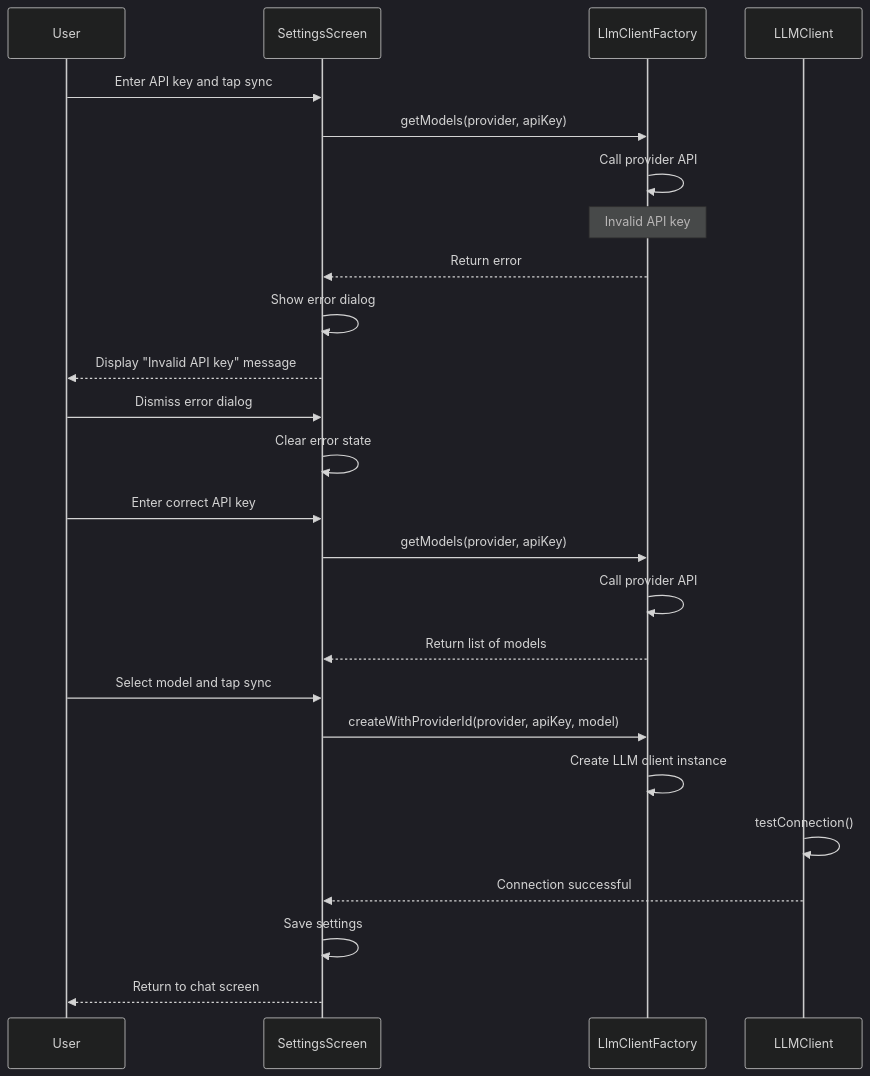
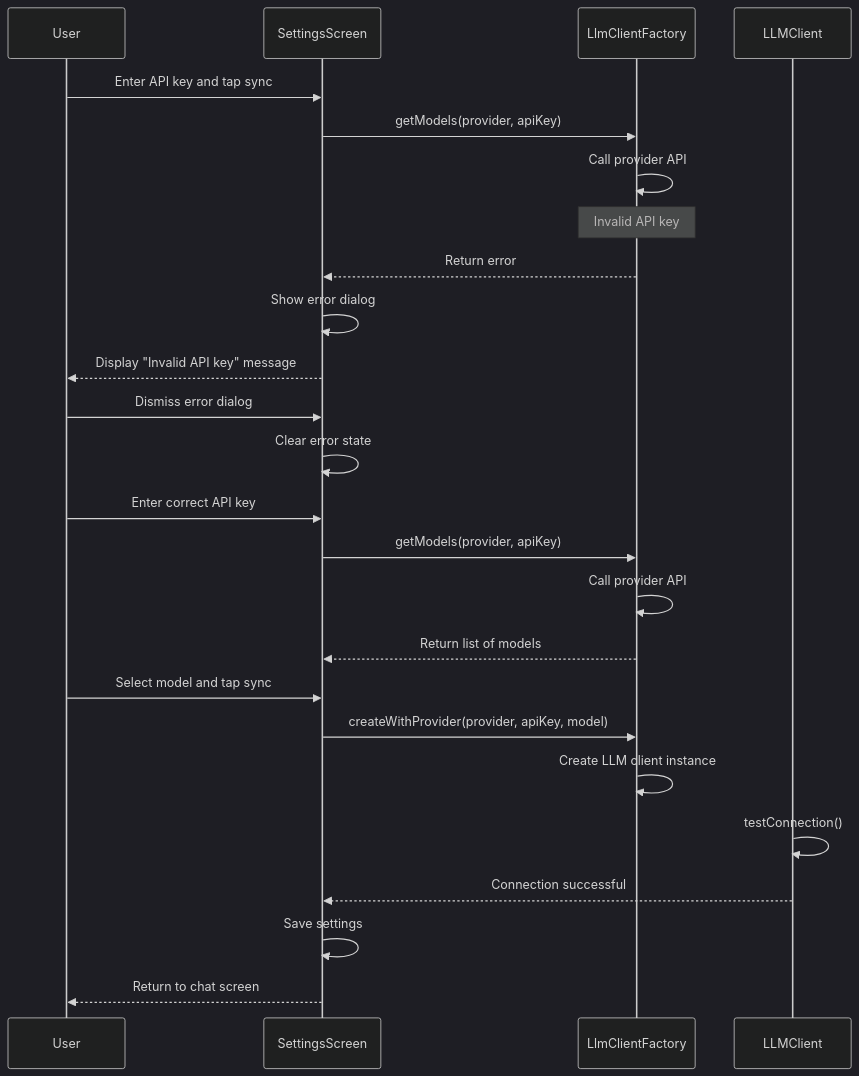
Before and after one commit to lehoang318/buddy: the fifth of 11 diagrams in docs/seq_others.md, drawn with Mermaid (dark theme). The commit also changed other lines of this file and 15 other files, not shown here.

Commit message:
Improve Provider Info Settings

````diff
--- a/docs/seq_others.md
+++ b/docs/seq_others.md
@@ -117,33 +155,33 @@
 ```mermaid
 sequenceDiagram
     participant User
     participant SettingsScreen
     participant LlmClientFactory
     participant LLMClient
 
     User->>SettingsScreen: Enter API key and tap sync
     SettingsScreen->>LlmClientFactory: getModels(provider, apiKey)
     LlmClientFactory->>LlmClientFactory: Call provider API
     Note over LlmClientFactory: Invalid API key
     LlmClientFactory-->>SettingsScreen: Return error
 
     SettingsScreen->>SettingsScreen: Show error dialog
     SettingsScreen-->>User: Display "Invalid API key" message
 
     User->>SettingsScreen: Dismiss error dialog
     SettingsScreen->>SettingsScreen: Clear error state
 
     User->>SettingsScreen: Enter correct API key
     SettingsScreen->>LlmClientFactory: getModels(provider, apiKey)
     LlmClientFactory->>LlmClientFactory: Call provider API
     LlmClientFactory-->>SettingsScreen: Return list of models
 
     User->>SettingsScreen: Select model and tap sync
-    SettingsScreen->>LlmClientFactory: createWithProviderId(provider, apiKey, model)
+    SettingsScreen->>LlmClientFactory: createWithProvider(provider, apiKey, model)
     LlmClientFactory->>LlmClientFactory: Create LLM client instance
     LLMClient->>LLMClient: testConnection()
     LLMClient-->>SettingsScreen: Connection successful
 
     SettingsScreen->>SettingsScreen: Save settings
     SettingsScreen-->>User: Return to chat screen
 ```
````
